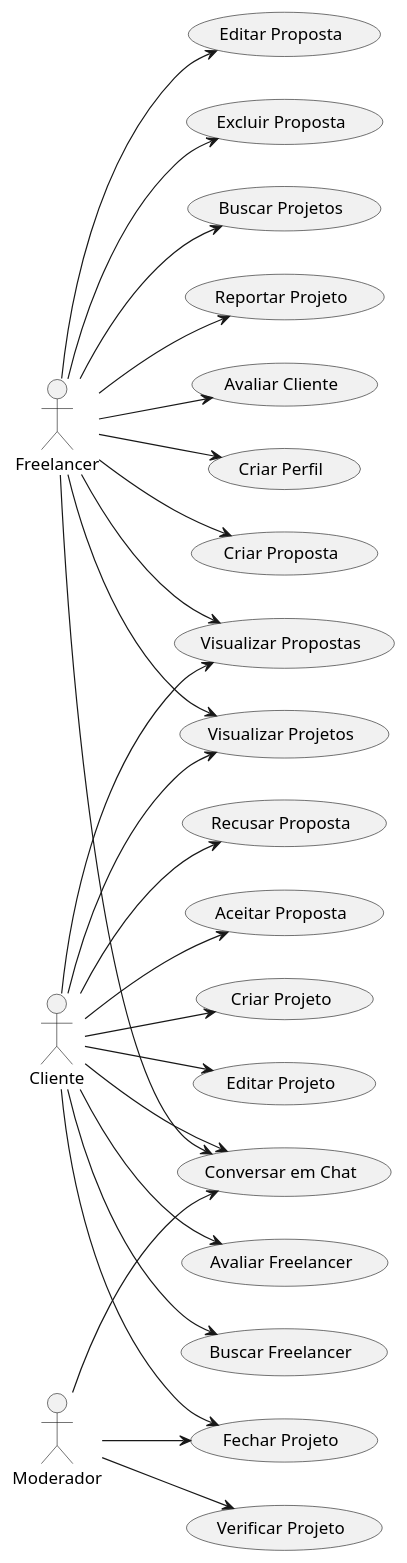
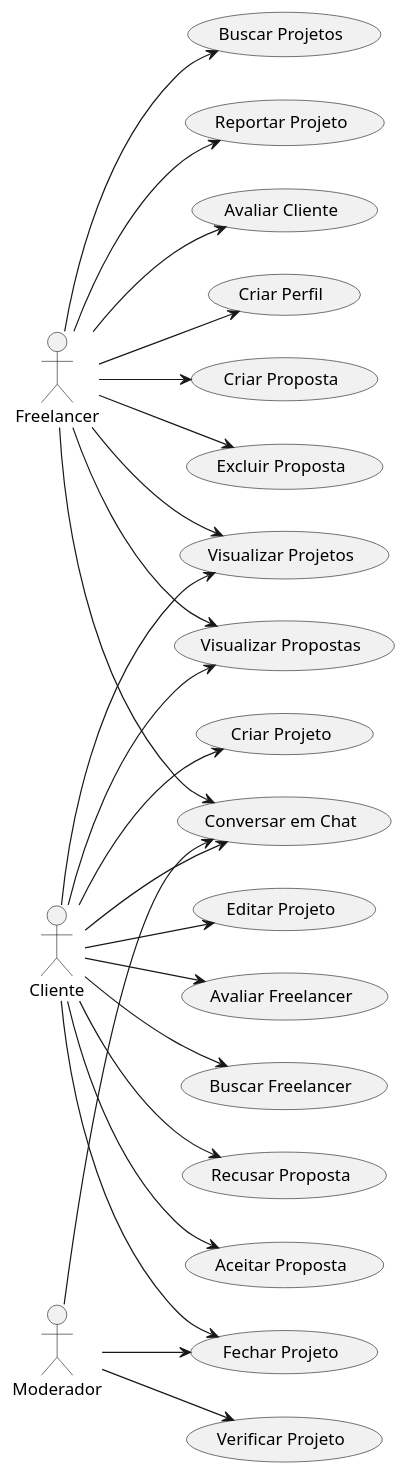
The diagram in docs/casos_de_uso.puml (LucasNeiva/Eng-Software-II), drawn with PlantUML before and after one commit.

Commit message:
update casos de uso

```diff
--- a/docs/casos_de_uso.puml
+++ b/docs/casos_de_uso.puml
@@ -1,44 +1,43 @@
 @startuml Casos de Uso
 
 left to right direction
 
 actor "Freelancer" as F
 actor "Cliente" as E
 actor "Moderador" as A
 
 F --> (Conversar em Chat)
 
 F --> (Criar Perfil)
 
 F --> (Criar Proposta)
 F --> (Visualizar Propostas)
-F --> (Editar Proposta)
 F --> (Excluir Proposta)
 
 F --> (Visualizar Projetos)
 F --> (Buscar Projetos)
 F --> (Reportar Projeto)
 
 F --> (Avaliar Cliente)
 
 
 E --> (Conversar em Chat)
 
 E --> (Avaliar Freelancer)
 E --> (Buscar Freelancer)
 
 E --> (Recusar Proposta)
 E --> (Aceitar Proposta)
 E --> (Visualizar Propostas)
 
 E --> (Criar Projeto)
 E --> (Editar Projeto)
 E --> (Fechar Projeto)
 E --> (Visualizar Projetos)
 
 
 A --> (Verificar Projeto)
 A --> (Fechar Projeto)
 A --> (Conversar em Chat)
 
 @enduml
```
